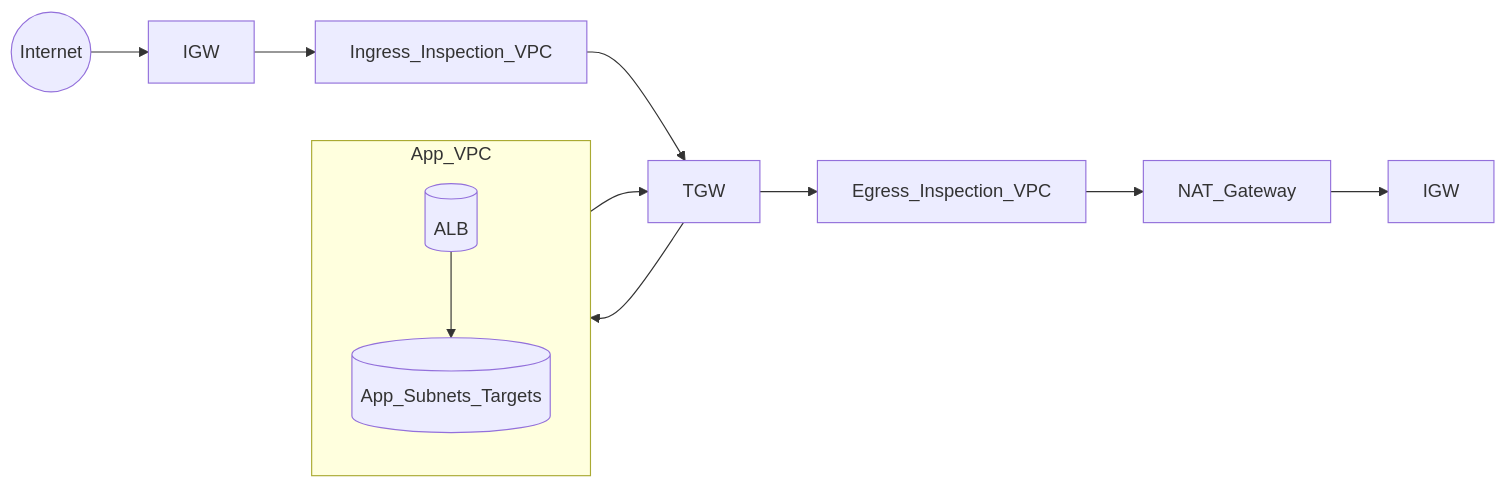
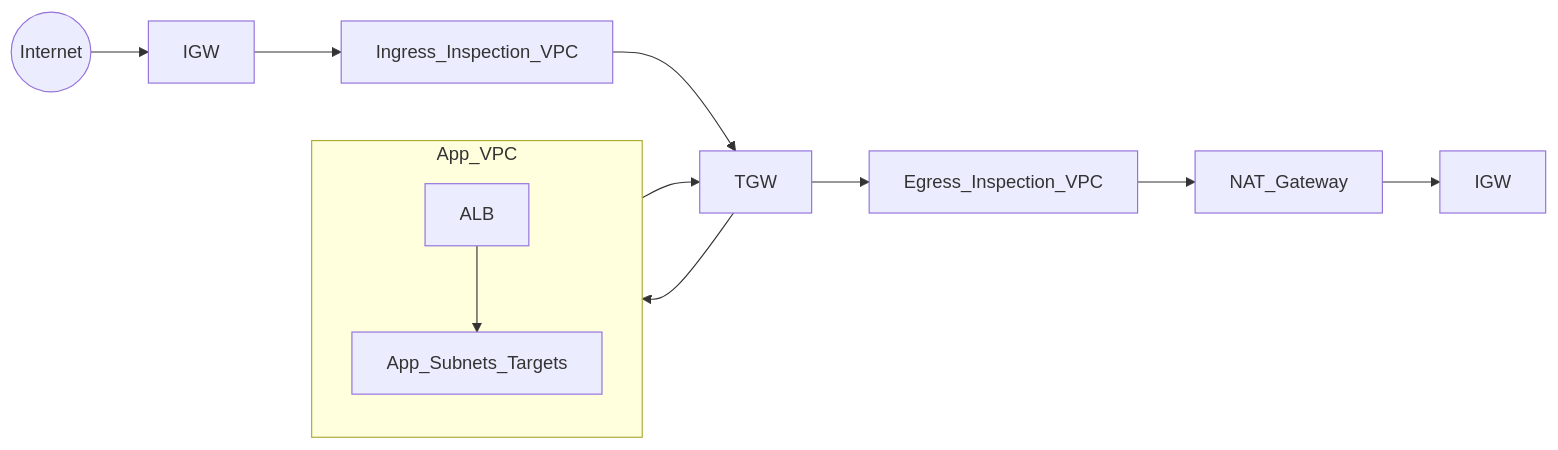
Before and after one commit to ytensor42/dev-sec-ops: the fourth of 4 diagrams in infra/diagram/vpc-v3.md, drawn with Mermaid. The commit also changed other lines of this file, not shown here.

Commit message:
Add VPC diagram #10

````diff
--- a/infra/diagram/vpc-v3.md
+++ b/infra/diagram/vpc-v3.md
@@ -140,19 +140,19 @@
 ```mermaid
 flowchart LR
   Internet((Internet)) --> IGW1[IGW]
   IGW1 --> Ingress_VPC_NFW[Ingress_Inspection_VPC]
   Ingress_VPC_NFW --> TGW
 
   subgraph App_VPC [App_VPC]
     direction TB
-    ALB[(ALB)]
-    App_Subnets[(App_Subnets_Targets)]
+    ALB[ALB]
+    App_Subnets[App_Subnets_Targets]
     ALB --> App_Subnets
   end
 
   TGW --> App_VPC
   App_VPC --> TGW
   TGW --> Egress_VPC_NFW[Egress_Inspection_VPC]
   Egress_VPC_NFW --> NATGW[NAT_Gateway]
   NATGW --> IGW2[IGW]
 ```
````
